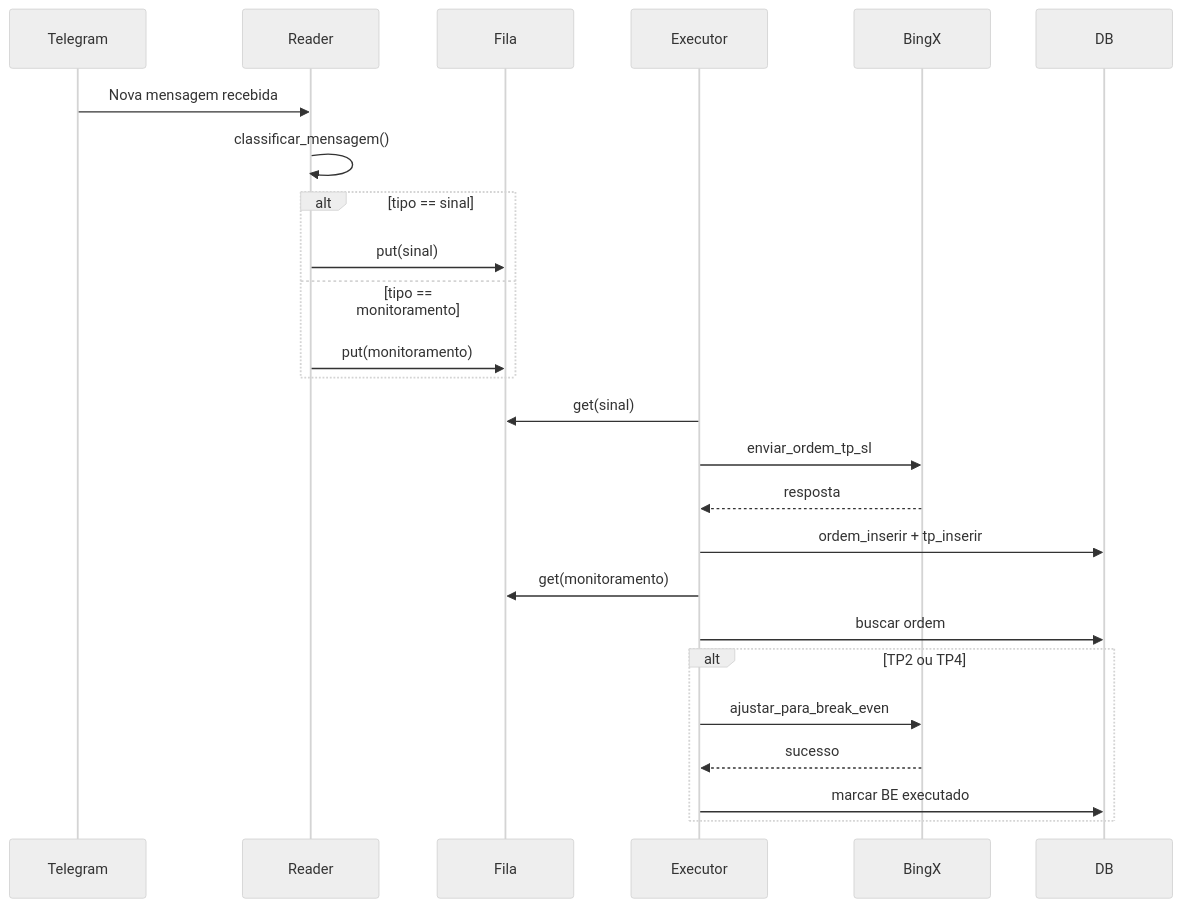
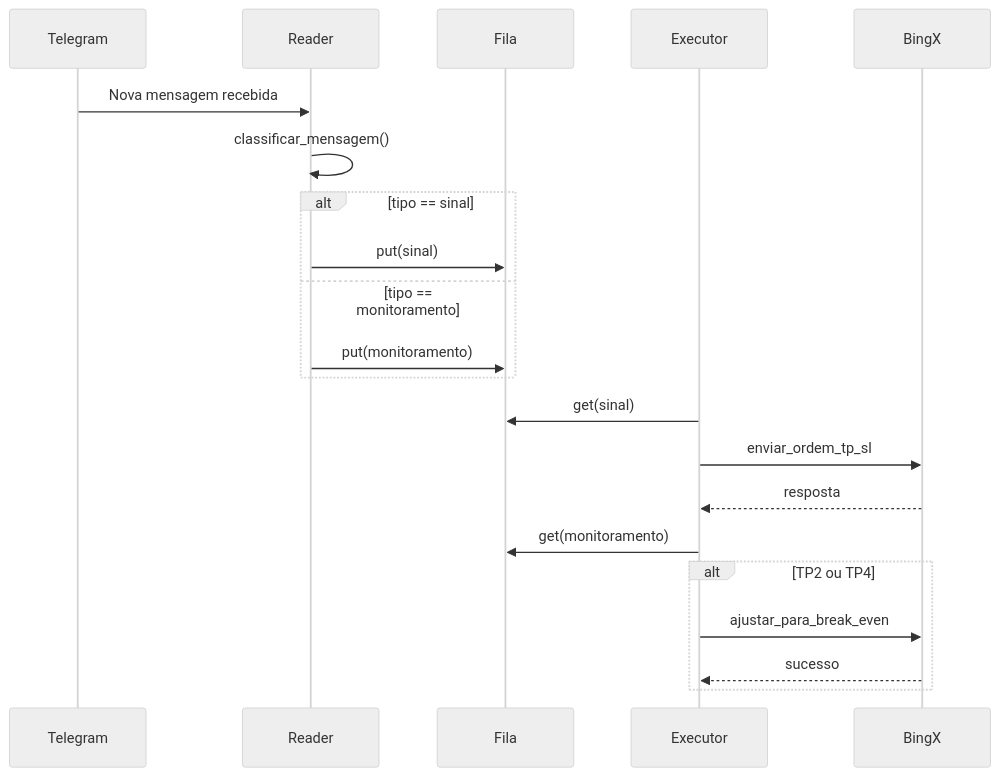
The diagram in README.md (danielfcastro/TelegramReader), drawn with Mermaid before and after one commit. The commit also changed other lines of this file and 3 other files, not shown here.

````diff
--- a/README.md
+++ b/README.md
@@ -271,31 +249,27 @@
 ```mermaid
 %%{ init : { "theme" : "neutral" } }%%
 sequenceDiagram
     participant Telegram
     participant Reader
     participant Fila
     participant Executor
     participant BingX
-    participant DB
 
     Telegram->>Reader: Nova mensagem recebida
     Reader->>Reader: classificar_mensagem()
     alt tipo == sinal
         Reader->>Fila: put(sinal)
     else tipo == monitoramento
         Reader->>Fila: put(monitoramento)
     end
 
     Executor->>Fila: get(sinal)
     Executor->>BingX: enviar_ordem_tp_sl
     BingX-->>Executor: resposta
-    Executor->>DB: ordem_inserir + tp_inserir
 
     Executor->>Fila: get(monitoramento)
-    Executor->>DB: buscar ordem
     alt TP2 ou TP4
         Executor->>BingX: ajustar_para_break_even
         BingX-->>Executor: sucesso
-        Executor->>DB: marcar BE executado
     end
 ```
````
